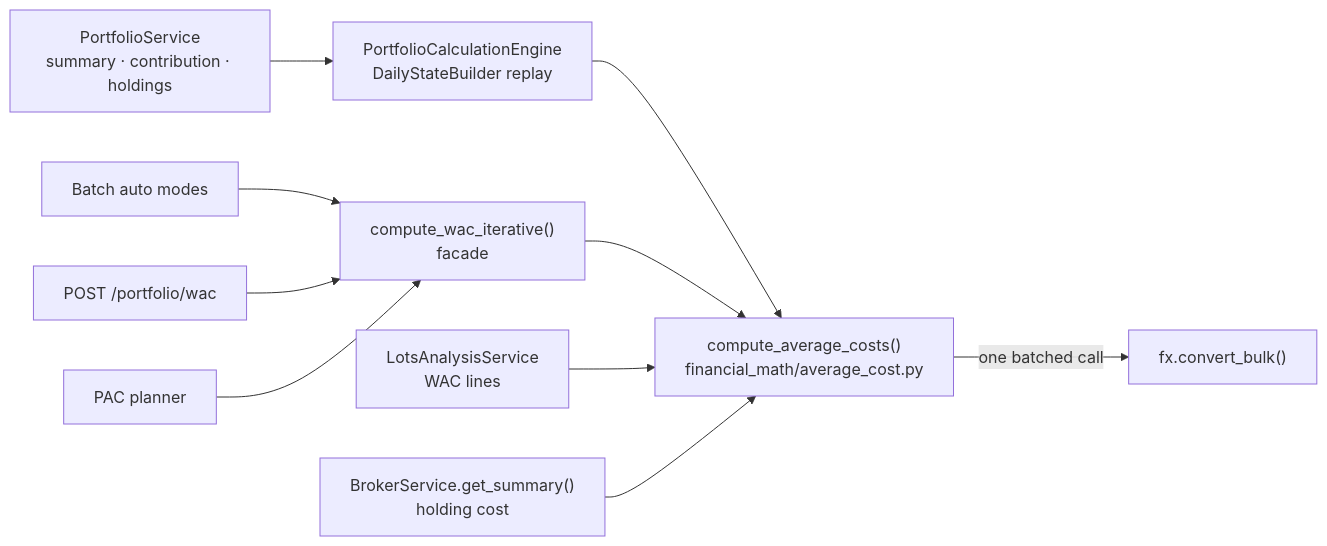
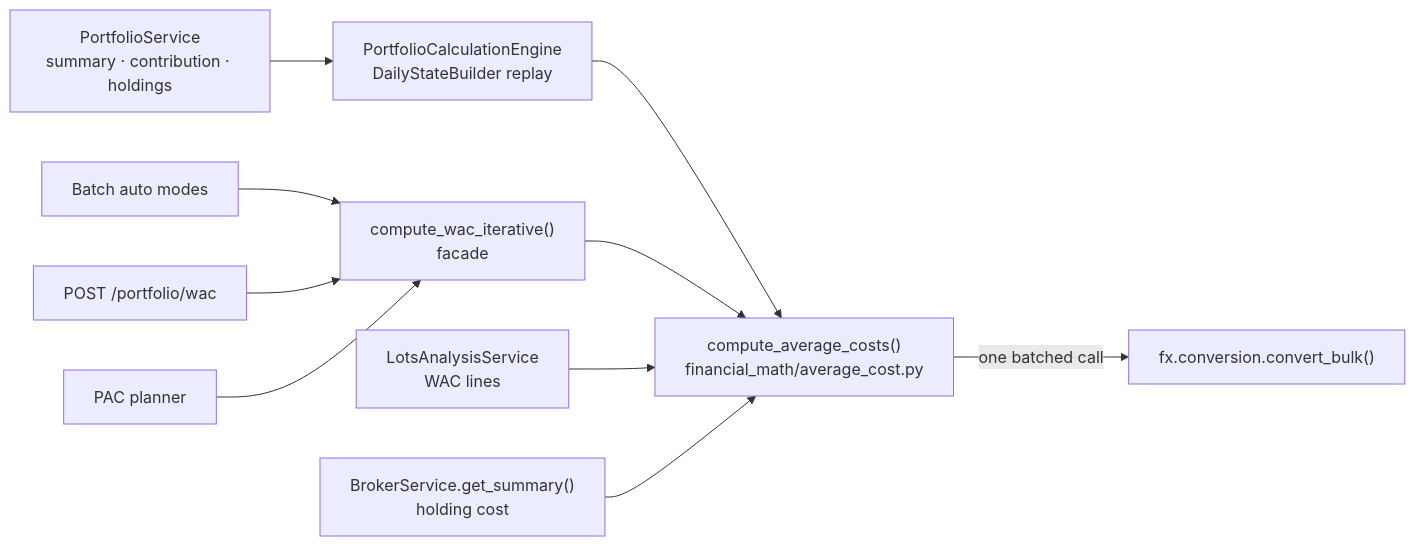
One commit to Librefolio/LibreFolio changed the diagram in mkdocs_src/docs/developer/backend/transactions/wac.md. Above: the diagram before and after it, drawn with Mermaid. The commit also changed 97 other files, not shown here.

````diff
--- a/mkdocs_src/docs/developer/backend/transactions/wac.md
+++ b/mkdocs_src/docs/developer/backend/transactions/wac.md
@@ -16,22 +16,22 @@
 ```mermaid
 flowchart LR
     AC["compute_average_costs()<br/>financial_math/average_cost.py"]
-    FX["fx.convert_bulk()"]
+    FX["fx.conversion.convert_bulk()"]
     Engine["PortfolioCalculationEngine<br/>DailyStateBuilder replay"]
     PS["PortfolioService<br/>summary · contribution · holdings"]
     Facade["compute_wac_iterative()<br/>facade"]
     Batch["Batch auto modes"]
     WacApi["POST /portfolio/wac"]
     Pac["PAC planner"]
     Lots["LotsAnalysisService<br/>WAC lines"]
     Broker["BrokerService.get_summary()<br/>holding cost"]
 
     AC -->|"one batched call"| FX
     PS --> Engine --> AC
     Batch --> Facade
     WacApi --> Facade
     Pac --> Facade
     Facade --> AC
     Lots --> AC
     Broker --> AC
 ```
````
